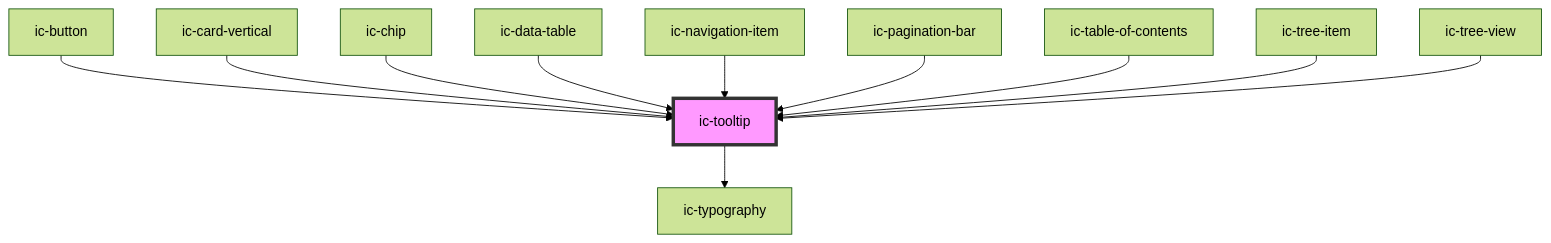
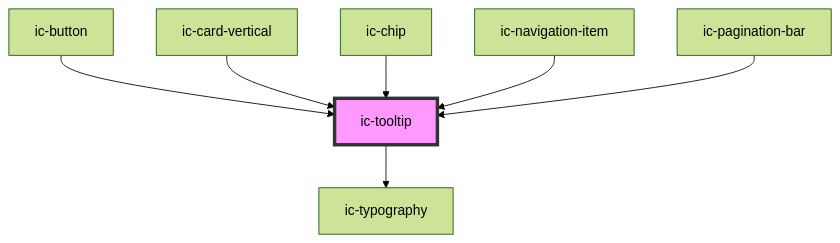
Before and after one commit to mi6/ic-ui-kit: the diagram in packages/web-components/src/components/ic-tooltip/readme.md, drawn with Mermaid (forest theme). The commit also changed other lines of this file and 134 other files, not shown here.

````diff
--- a/packages/web-components/src/components/ic-tooltip/readme.md
+++ b/packages/web-components/src/components/ic-tooltip/readme.md
@@ -85,14 +79,10 @@
 ```mermaid
 graph TD;
   ic-tooltip --> ic-typography
   ic-button --> ic-tooltip
   ic-card-vertical --> ic-tooltip
   ic-chip --> ic-tooltip
-  ic-data-table --> ic-tooltip
   ic-navigation-item --> ic-tooltip
   ic-pagination-bar --> ic-tooltip
-  ic-table-of-contents --> ic-tooltip
-  ic-tree-item --> ic-tooltip
-  ic-tree-view --> ic-tooltip
   style ic-tooltip fill:#f9f,stroke:#333,stroke-width:4px
 ```
````
